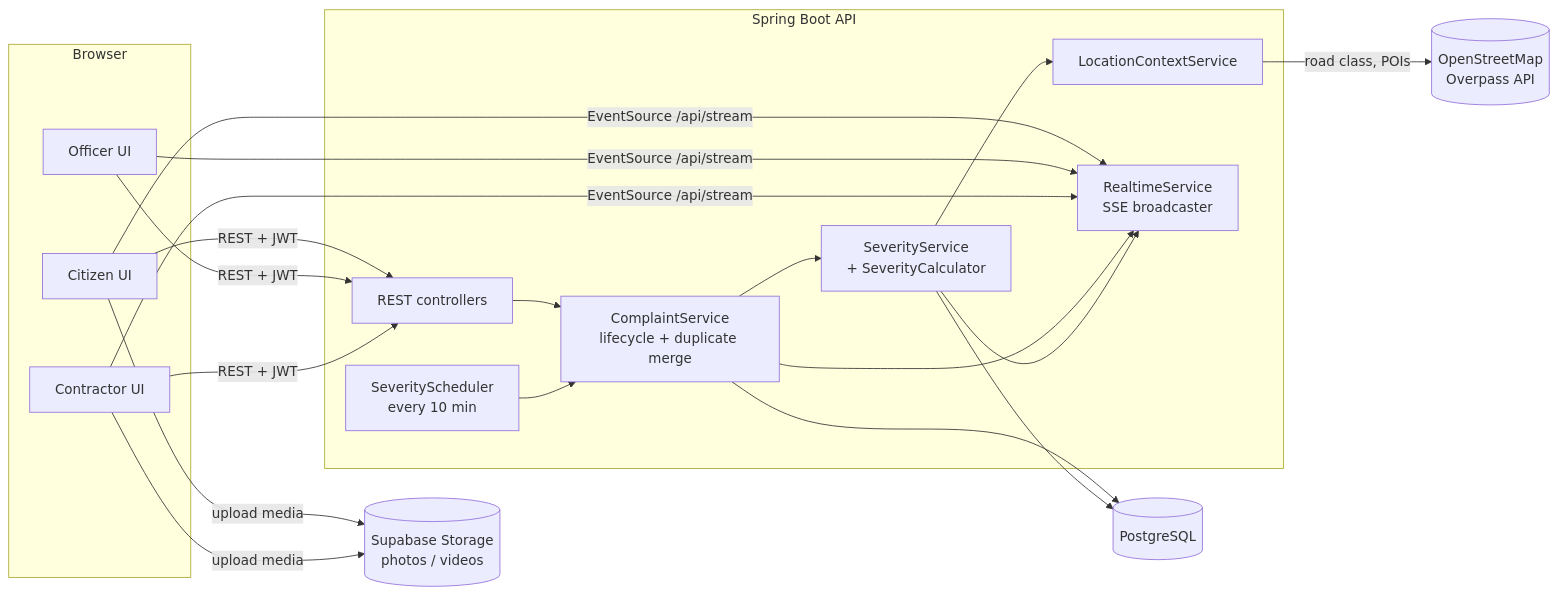
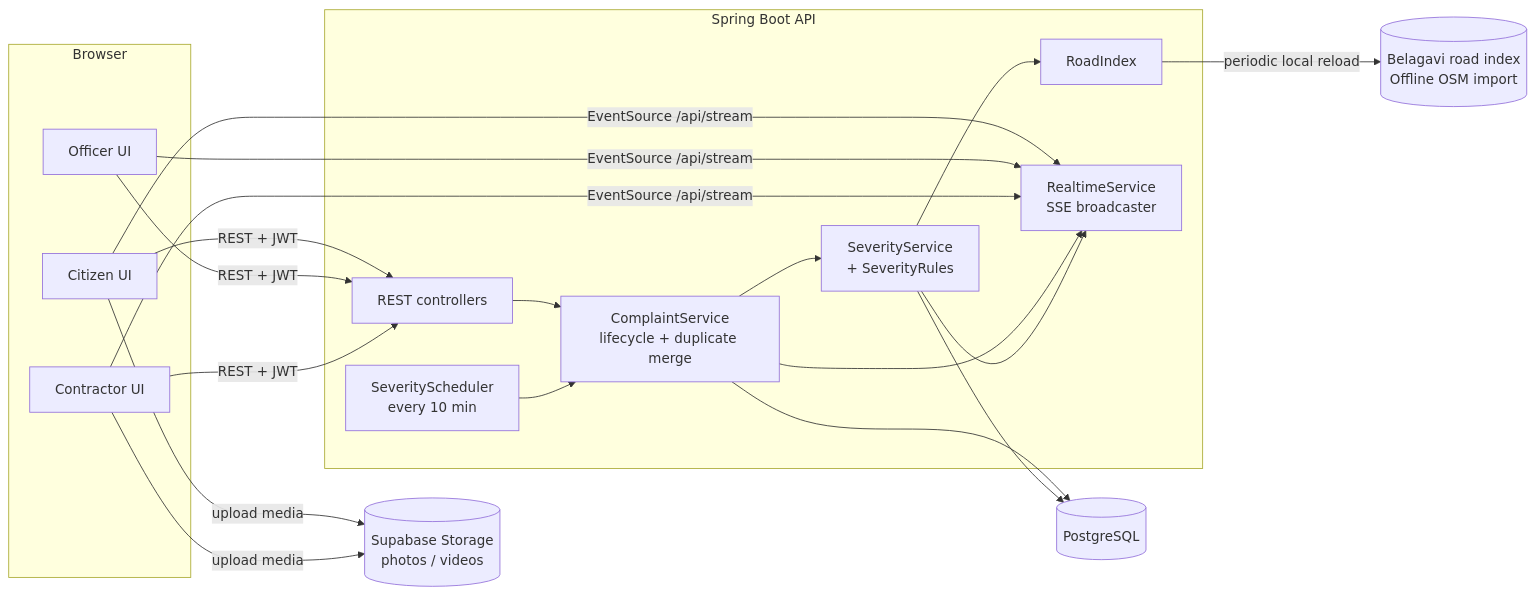
The diagram in README.md (basubiradar2006/civic-sense), drawn with Mermaid before and after one commit. The commit also changed other lines of this file and 38 other files, not shown here.

````diff
--- a/README.md
+++ b/README.md
@@ -61,30 +61,30 @@
 ```mermaid
 flowchart LR
     subgraph Browser
         C[Citizen UI]
         O[Officer UI]
         K[Contractor UI]
     end
 
     subgraph SpringBoot[Spring Boot API]
         API[REST controllers]
         CS[ComplaintService<br/>lifecycle + duplicate merge]
-        SS[SeverityService<br/>+ SeverityCalculator]
-        LC[LocationContextService]
+        SS[SeverityService<br/>+ SeverityRules]
+        LC[RoadIndex]
         RT[RealtimeService<br/>SSE broadcaster]
         SCH[SeverityScheduler<br/>every 10 min]
     end
 
     DB[(PostgreSQL)]
     ST[(Supabase Storage<br/>photos / videos)]
-    OSM[(OpenStreetMap<br/>Overpass API)]
+    OSM[(Belagavi road index<br/>Offline OSM import)]
 
     C & O & K -- REST + JWT --> API
     C & O & K -- EventSource /api/stream --> RT
     C & K -- upload media --> ST
     API --> CS --> SS --> LC
-    LC -- road class, POIs --> OSM
+    LC -- periodic local reload --> OSM
     CS & SS --> DB
     CS & SS --> RT
     SCH --> CS
 ```
````
